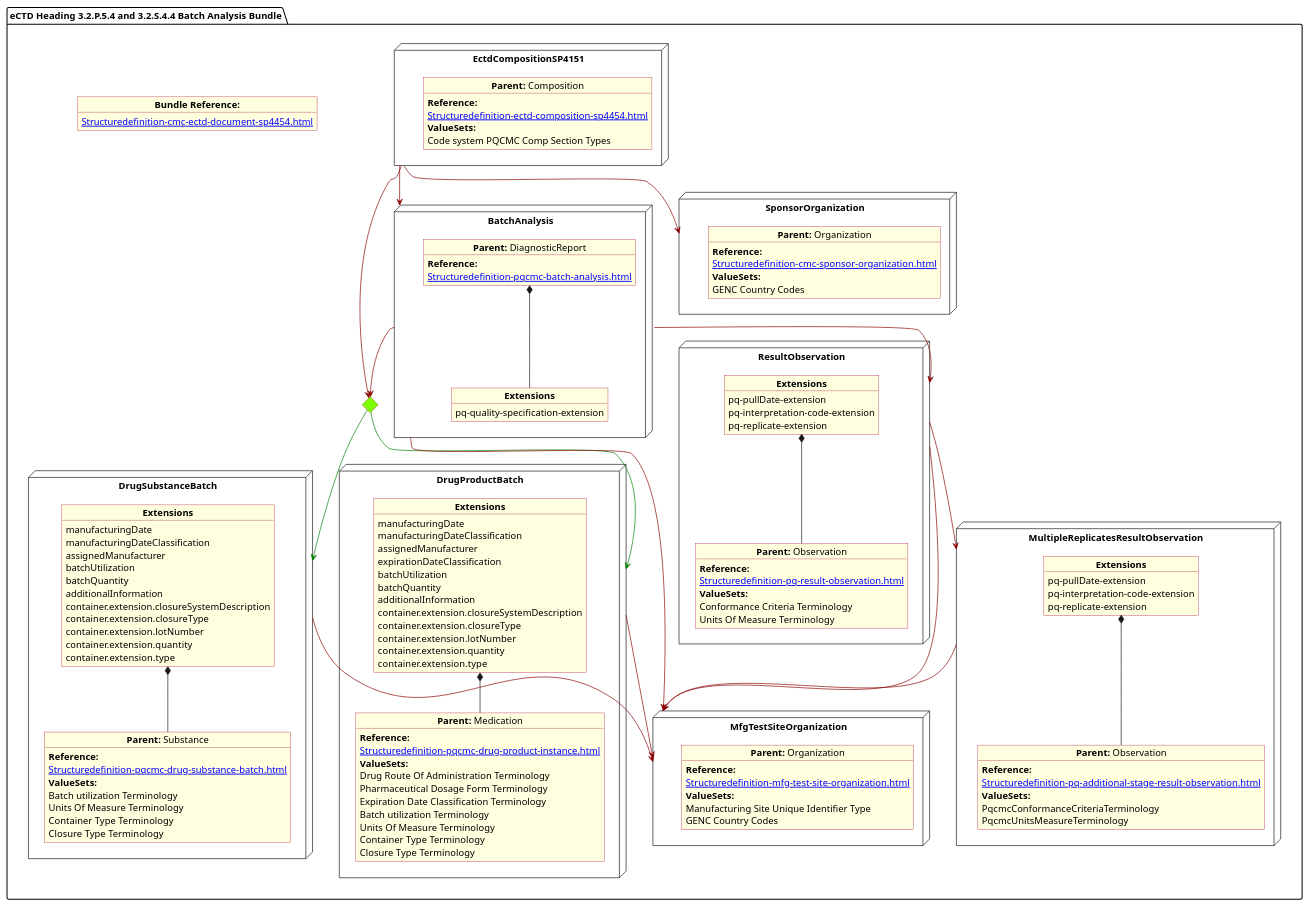
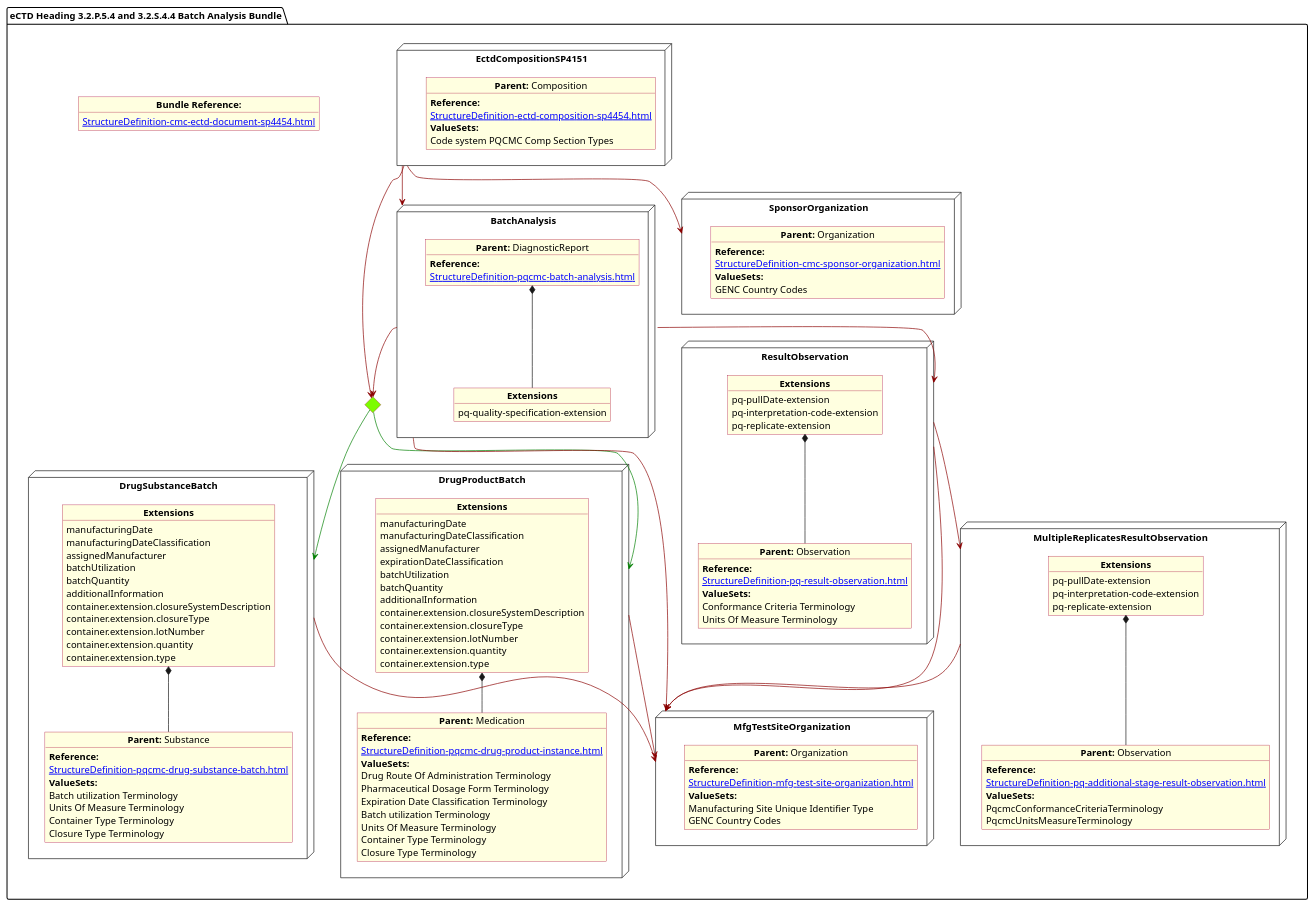
The diagram in input/images-source/BatchAnalysis.plantuml (HL7/FHIR-us-pq-cmc-fda), drawn with PlantUML before and after one commit.

Commit message:
Update BatchAnalysis.plantuml
upper case on StructureDefinition

```diff
--- a/input/images-source/BatchAnalysis.plantuml
+++ b/input/images-source/BatchAnalysis.plantuml
@@ -1,159 +1,159 @@
 @startuml BatchAnalysis
 allowmixing
 'Mixed model of use case and object
 skinparam svgDimensionStyle true
 skinparam ObjectBackgroundColor LightYellow
 skinparam ObjectBorderColor #A80036
 skinparam activityDiamondBorderColor #A80036
 skinparam activityDiamondBackgroundColor lawnGreen
 skinparam ClassBorderThickness 4
 
 package "eCTD Heading 3.2.P.5.4 and 3.2.S.4.4 Batch Analysis Bundle" as NODES {
  
    object "**Bundle Reference:**" as objbun {
-              [[Structuredefinition-cmc-ectd-document-sp4454.html]]
+              [[StructureDefinition-cmc-ectd-document-sp4454.html]]
     }       
 
 
 node "DrugProductBatch" as NN { 
       object "**Parent:** Medication" as obj3 {
         **Reference:**
-      [[Structuredefinition-pqcmc-drug-product-instance.html]]
+      [[StructureDefinition-pqcmc-drug-product-instance.html]]
         **ValueSets:**
         Drug Route Of Administration Terminology
         Pharmaceutical Dosage Form Terminology
         Expiration Date Classification Terminology
         Batch utilization Terminology
         Units Of Measure Terminology 
         Container Type Terminology
         Closure Type Terminology        
       }
 
       object "**Extensions**" as objExsBatch  {
                 manufacturingDate
                 manufacturingDateClassification
                 assignedManufacturer
                 expirationDateClassification
                 batchUtilization
                 batchQuantity
                 additionalInformation
                 container.extension.closureSystemDescription
                 container.extension.closureType
                 container.extension.lotNumber
                 container.extension.quantity
                 container.extension.type 
 }
 objExsBatch *-- obj3 
 }
   node "BatchAnalysis" as N2 { 
       object "**Parent:** DiagnosticReport" as obj2 {
         **Reference:**
-      [[Structuredefinition-pqcmc-batch-analysis.html]]
+      [[StructureDefinition-pqcmc-batch-analysis.html]]
     }
         object "**Extensions**" as objQSEx {
         pq-quality-specification-extension
     }
     obj2 *-- objQSEx 
 }
 
 node "MfgTestSiteOrganization" as NMFG { 
       object "**Parent:** Organization" as objDP {
        **Reference:**
-      [[Structuredefinition-mfg-test-site-organization.html]]
+      [[StructureDefinition-mfg-test-site-organization.html]]
          **ValueSets:**
         Manufacturing Site Unique Identifier Type
 	    GENC Country Codes
     }
 }
 node "DrugSubstanceBatch" as NNS { 
       object "**Parent:** Substance" as obj4 {
         **Reference:**
-      [[Structuredefinition-pqcmc-drug-substance-batch.html]]
+      [[StructureDefinition-pqcmc-drug-substance-batch.html]]
                 **ValueSets:**
                 Batch utilization Terminology
                 Units Of Measure Terminology
                 Container Type Terminology
                 Closure Type Terminology
       }
   object "**Extensions**" as objExs2 {
           manufacturingDate
           manufacturingDateClassification
           assignedManufacturer
           batchUtilization
           batchQuantity
           additionalInformation
           container.extension.closureSystemDescription
           container.extension.closureType
           container.extension.lotNumber
           container.extension.quantity
           container.extension.type
     }
 
     objExs2 *-- obj4   
 }
 
 node "ResultObservation" as NNOBS { 
       object "**Parent:** Observation" as observ3 {
         **Reference:**
-      [[Structuredefinition-pq-result-observation.html]]
+      [[StructureDefinition-pq-result-observation.html]]
         **ValueSets:**
         Conformance Criteria Terminology
         Units Of Measure Terminology    
       }
       object "**Extensions**" as objExsObserv  {
             pq-pullDate-extension
             pq-interpretation-code-extension
             pq-replicate-extension
     }
         objExsObserv *-- observ3 
 }
 
 node "MultipleReplicatesResultObservation" as NNstage { 
       object "**Parent:** Observation" as observS {
         **Reference:**
-      [[Structuredefinition-pq-additional-stage-result-observation.html]]
+      [[StructureDefinition-pq-additional-stage-result-observation.html]]
         **ValueSets:**
  PqcmcConformanceCriteriaTerminology
  PqcmcUnitsMeasureTerminology
       }
       object "**Extensions**" as objExsStageObs  {
             pq-pullDate-extension
             pq-interpretation-code-extension
             pq-replicate-extension
      }  
         objExsStageObs *-- observS
 }
 
 node "EctdCompositionSP4151" as N1 { 
       object "**Parent:** Composition" as obj1 {
         **Reference:**
-      [[Structuredefinition-ectd-composition-sp4454.html]]
+      [[StructureDefinition-ectd-composition-sp4454.html]]
       **ValueSets:**
   Code system PQCMC Comp Section Types
     }
 }
 node "SponsorOrganization" as NSO { 
       object "**Parent:** Organization" as objAu {
         **Reference:**
-      [[Structuredefinition-cmc-sponsor-organization.html]]
+      [[StructureDefinition-cmc-sponsor-organization.html]]
         **ValueSets:**
         GENC Country Codes
     }
 }
  diamond CH
 
 N1 -[#darkred]-> CH
 N1 -[#darkred]-> N2
 N1 -[#darkred]-> NSO
 CH -[#green]-> NNS
 CH -[#green]-> NN
 NNS -[#darkred]-> NMFG
 NN -[#darkred]-> NMFG
 N2 -[#darkred]-> CH
 N2 -[#darkred]-> NMFG
 N2 -[#darkred]-> NNOBS
 NNOBS -[#darkred]-> NMFG
 NNOBS -[#darkred]-> NNstage
 NNstage -[#darkred]-> NMFG
 }
 @enduml
```
